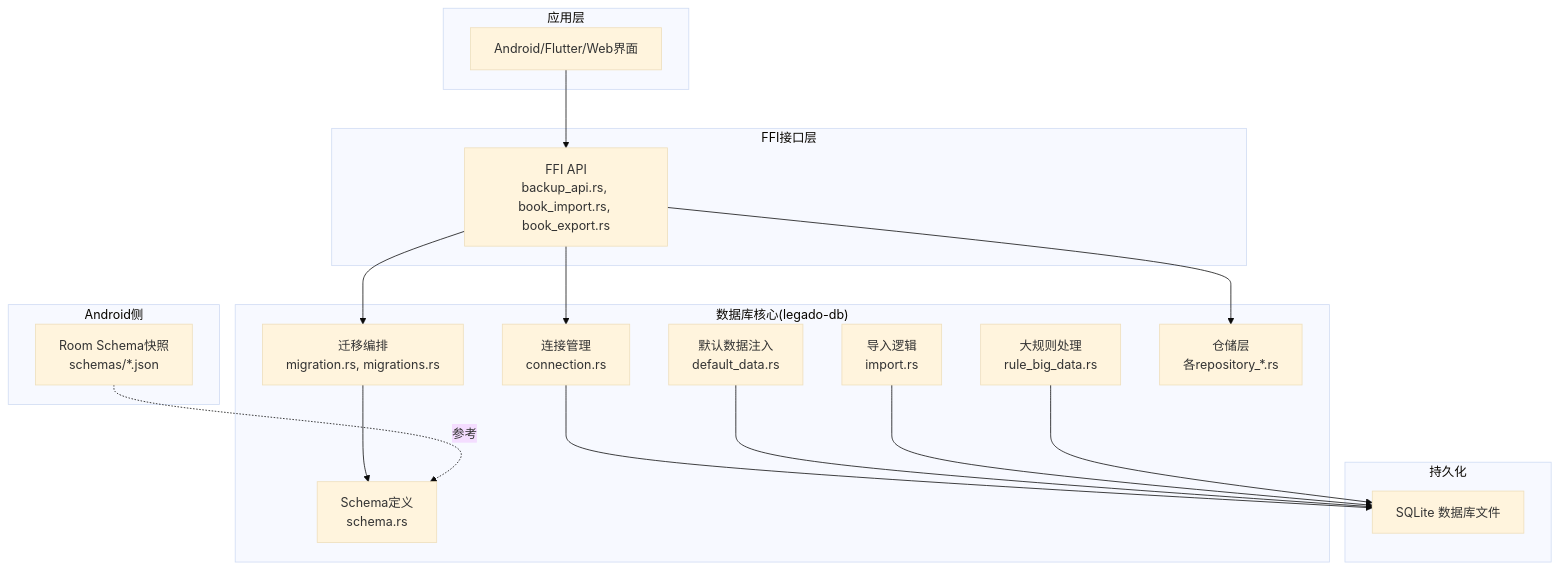
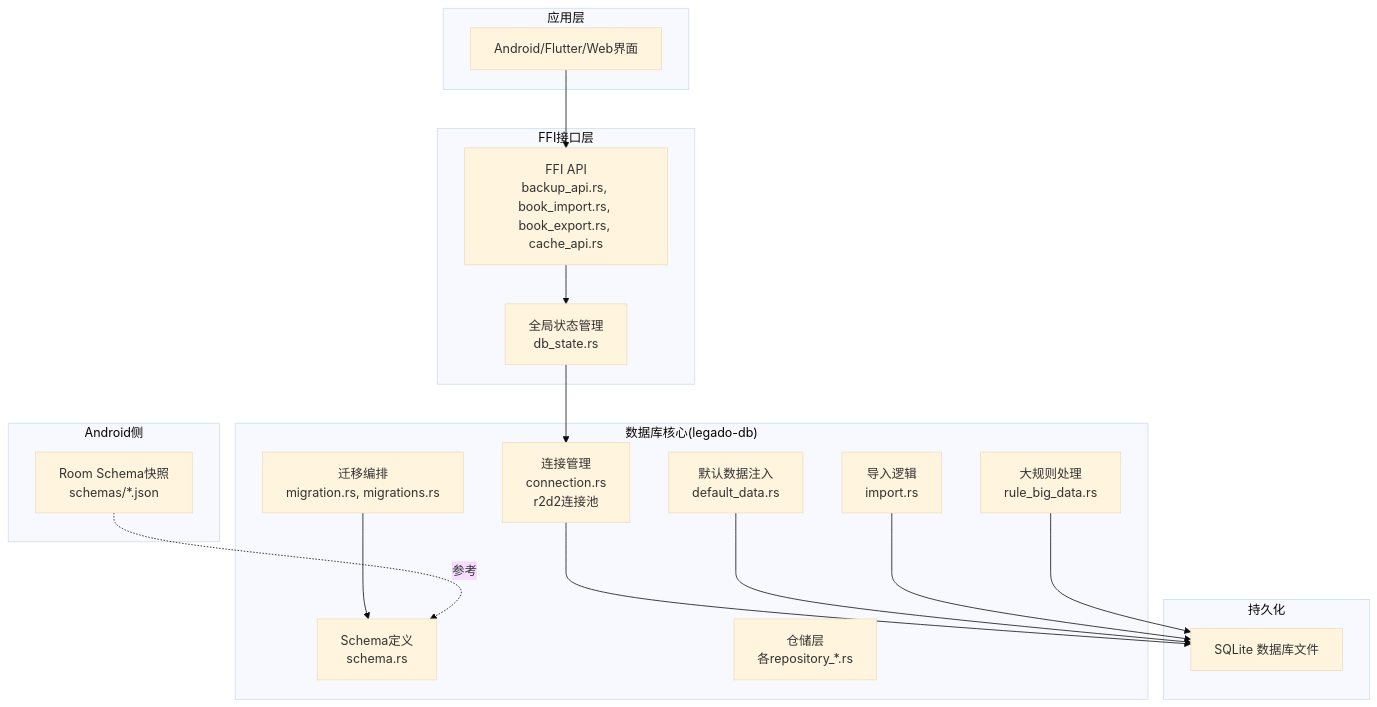
One commit to ZhangGHGitHub/LegadoTeamFlutter changed the first of 8 diagrams in .qoder/repowiki/zh/content/架构设计/分层架构设计/数据访问层/SQLite数据库.md. Above: the diagram before and after it, drawn with Mermaid (base theme). The commit also changed other lines of this file and 173 other files, not shown here.

````diff
--- a/.qoder/repowiki/zh/content/架构设计/分层架构设计/数据访问层/SQLite数据库.md
+++ b/.qoder/repowiki/zh/content/架构设计/分层架构设计/数据访问层/SQLite数据库.md
@@ -60,34 +48,34 @@
 ```mermaid
 graph TB
 subgraph "应用层"
 UI["Android/Flutter/Web界面"]
 end
 subgraph "FFI接口层"
-FFI_API["FFI API<br/>backup_api.rs, book_import.rs, book_export.rs"]
+FFI_API["FFI API<br/>backup_api.rs, book_import.rs, book_export.rs, cache_api.rs"]
+DB_STATE["全局状态管理<br/>db_state.rs"]
 end
 subgraph "数据库核心(legado-db)"
-Conn["连接管理<br/>connection.rs"]
+Conn["连接管理<br/>connection.rs<br/>r2d2连接池"]
 Mig["迁移编排<br/>migration.rs, migrations.rs"]
 Schema["Schema定义<br/>schema.rs"]
 DefaultData["默认数据注入<br/>default_data.rs"]
 Import["导入逻辑<br/>import.rs"]
 BigRule["大规则处理<br/>rule_big_data.rs"]
 Repos["仓储层<br/>各repository_*.rs"]
 end
 subgraph "持久化"
 DB["SQLite 数据库文件"]
 end
 subgraph "Android侧"
 RoomSchemas["Room Schema快照<br/>schemas/*.json"]
 end
 UI --> FFI_API
-FFI_API --> Conn
-FFI_API --> Mig
-FFI_API --> Repos
+FFI_API --> DB_STATE
+DB_STATE --> Conn
 Conn --> DB
 Mig --> Schema
 DefaultData --> DB
 Import --> DB
 BigRule --> DB
 RoomSchemas -. 参考 .-> Schema
 ```
````
